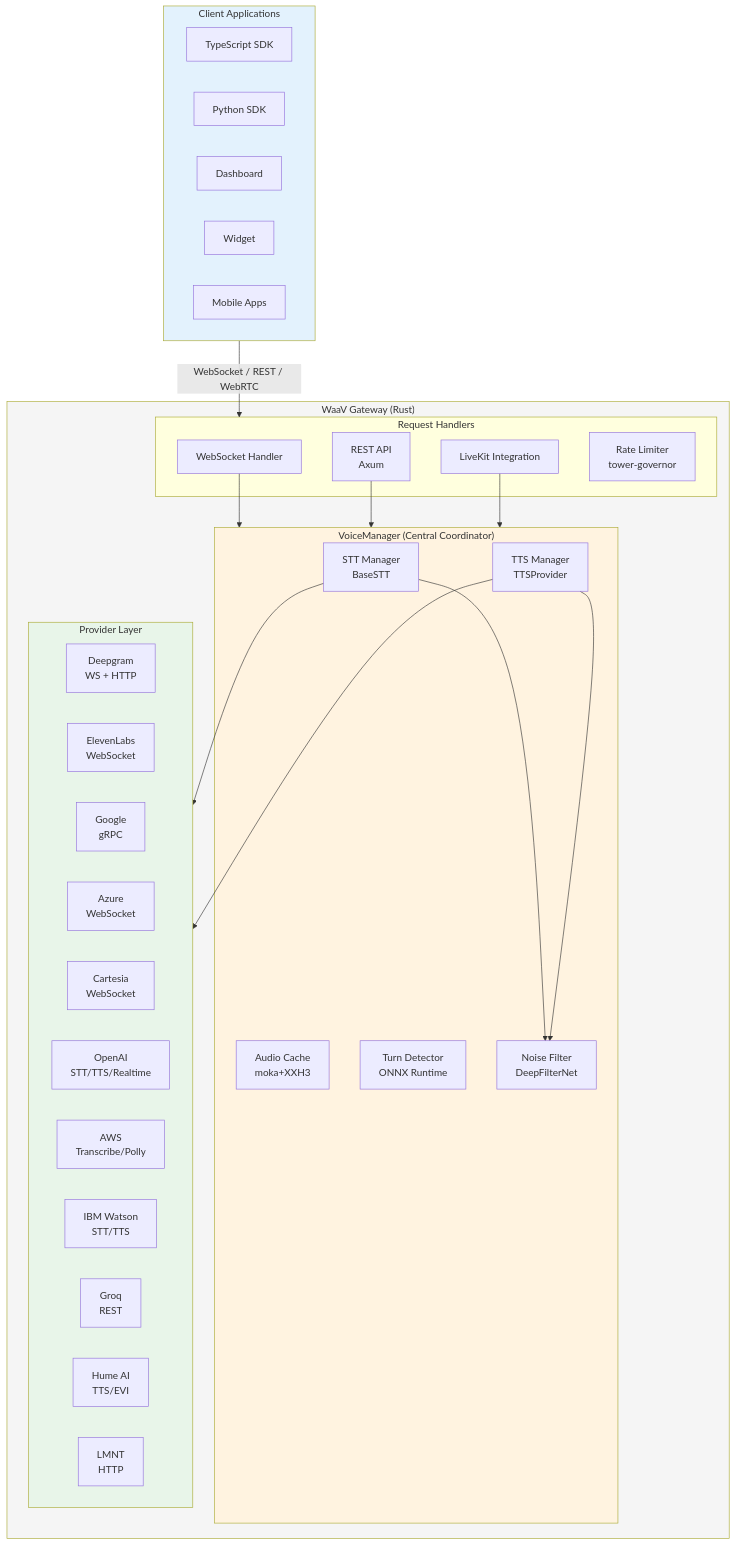
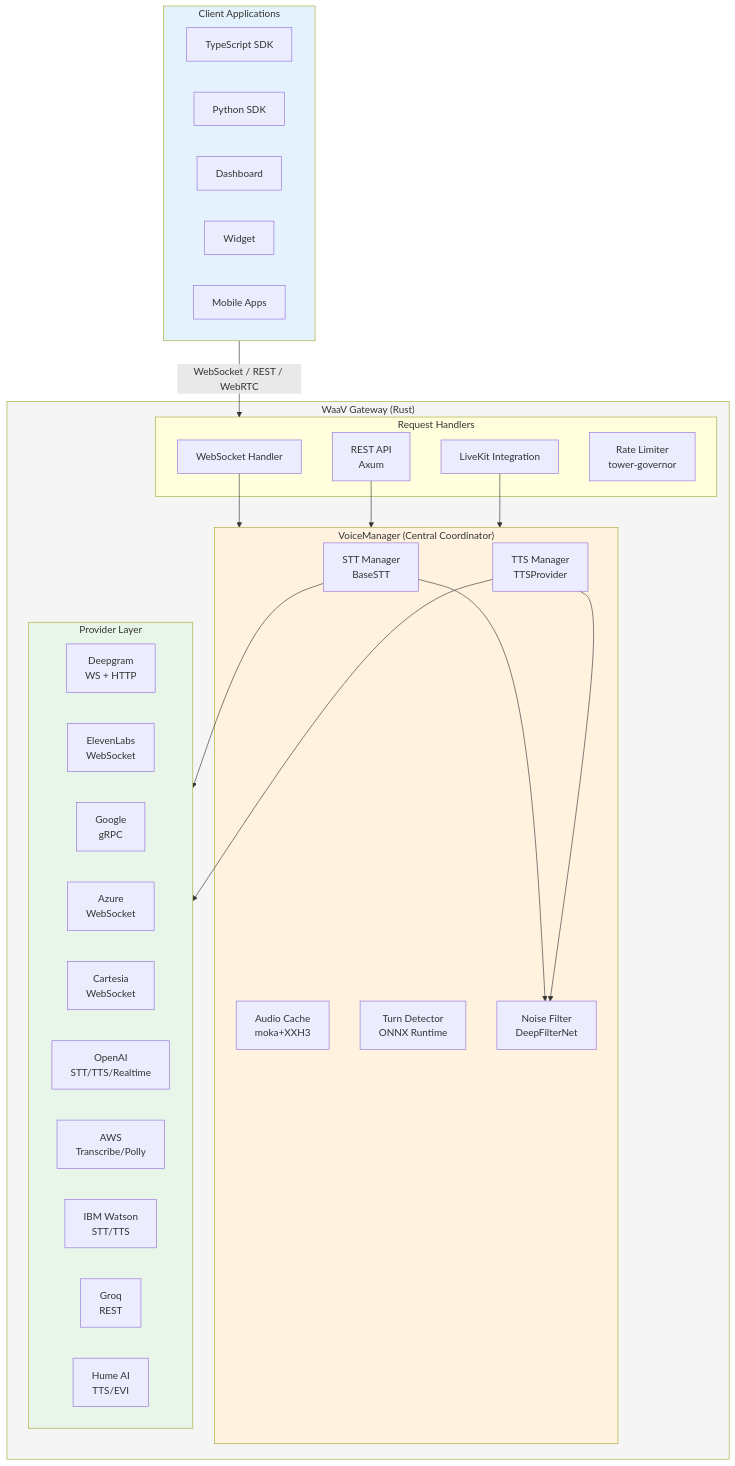
The second of 2 diagrams in README.md (BudEcosystem/WaaV), drawn with Mermaid before and after one commit. The commit also changed other lines of this file and 161 other files, not shown here.

````diff
--- a/README.md
+++ b/README.md
@@ -468,55 +467,54 @@
 ```mermaid
 graph TB
     subgraph Clients["Client Applications"]
         TS[TypeScript SDK]
         PY[Python SDK]
         DASH[Dashboard]
         WIDG[Widget]
         MOB[Mobile Apps]
     end
 
     subgraph Gateway["WaaV Gateway (Rust)"]
         subgraph Handlers["Request Handlers"]
             WS[WebSocket Handler]
             REST[REST API<br/>Axum]
             LK[LiveKit Integration]
             RL[Rate Limiter<br/>tower-governor]
         end
 
         subgraph VM["VoiceManager (Central Coordinator)"]
             STT[STT Manager<br/>BaseSTT]
             TTS[TTS Manager<br/>TTSProvider]
             CACHE[Audio Cache<br/>moka+XXH3]
             TURN[Turn Detector<br/>ONNX Runtime]
             NF[Noise Filter<br/>DeepFilterNet]
         end
 
         subgraph Providers["Provider Layer"]
             DG[Deepgram<br/>WS + HTTP]
             EL[ElevenLabs<br/>WebSocket]
             GC[Google<br/>gRPC]
             AZ[Azure<br/>WebSocket]
             CA[Cartesia<br/>WebSocket]
             OAI[OpenAI<br/>STT/TTS/Realtime]
             AWS[AWS<br/>Transcribe/Polly]
             IBM[IBM Watson<br/>STT/TTS]
             GRQ[Groq<br/>REST]
             HUM[Hume AI<br/>TTS/EVI]
-            LMNT[LMNT<br/>HTTP]
         end
     end
 
     Clients -->|WebSocket / REST / WebRTC| Handlers
     WS --> VM
     REST --> VM
     LK --> VM
     STT --> NF
     TTS --> NF
     STT --> Providers
     TTS --> Providers
 
     style Clients fill:#e3f2fd
     style Gateway fill:#f5f5f5
     style VM fill:#fff3e0
     style Providers fill:#e8f5e9
 ```
````
